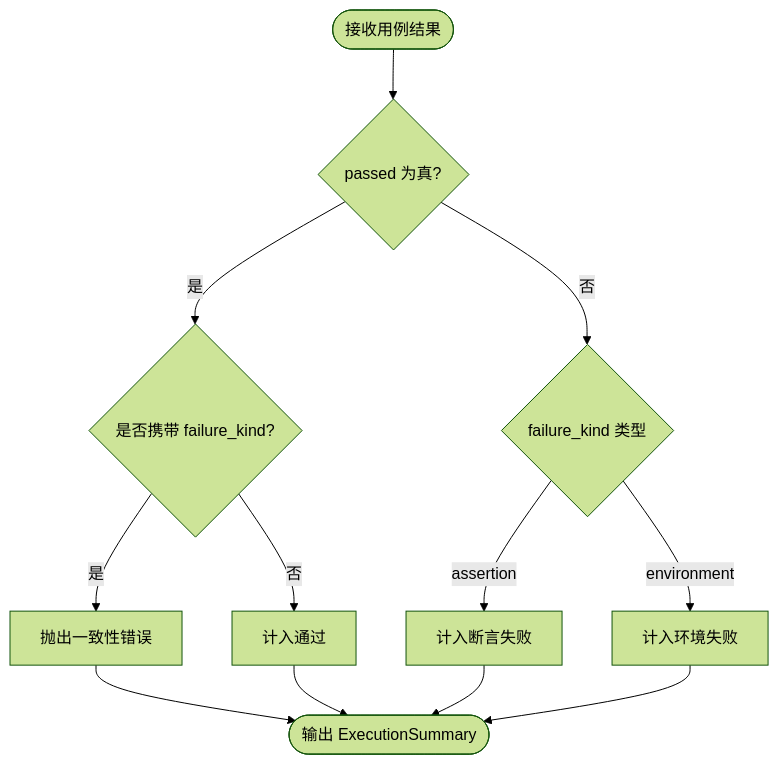
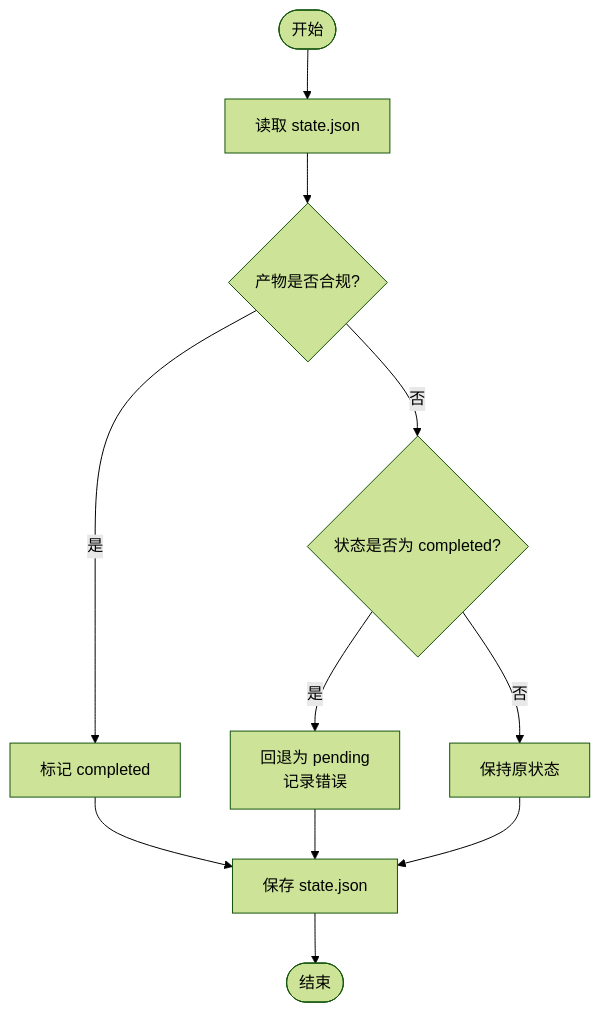
One commit to Joeyzheng001/LLM-AutoTest changed the third of 7 diagrams in .qoder/repowiki/zh/content/核心服务/核心服务.md. Above: the diagram before and after it, drawn with Mermaid (forest theme). The commit also changed other lines of this file and 186 other files, not shown here.

````diff
--- a/.qoder/repowiki/zh/content/核心服务/核心服务.md
+++ b/.qoder/repowiki/zh/content/核心服务/核心服务.md
@@ -276,14 +148,13 @@
 ```mermaid
 flowchart TD
-Entry(["接收用例结果"]) --> Validate{"passed 为真?"}
-Validate --> |是| CheckFail{"是否携带 failure_kind?"}
-CheckFail --> |是| Error["抛出一致性错误"]
-CheckFail --> |否| SumPass["计入通过"]
-Validate --> |否| Classify{"failure_kind 类型"}
-Classify --> |assertion| CountAssert["计入断言失败"]
-Classify --> |environment| CountEnv["计入环境失败"]
-SumPass --> End(["输出 ExecutionSummary"])
-CountAssert --> End
-CountEnv --> End
-Error --> End
+Start(["开始"]) --> Load["读取 state.json"]
+Load --> Reconcile{"产物是否合规?"}
+Reconcile --> |是| MarkDone["标记 completed"]
+Reconcile --> |否| CheckStatus{"状态是否为 completed?"}
+CheckStatus --> |是| Rollback["回退为 pending<br/>记录错误"]
+CheckStatus --> |否| Next["保持原状态"]
+MarkDone --> Save["保存 state.json"]
+Rollback --> Save
+Next --> Save
+Save --> End(["结束"])
 ```
````
